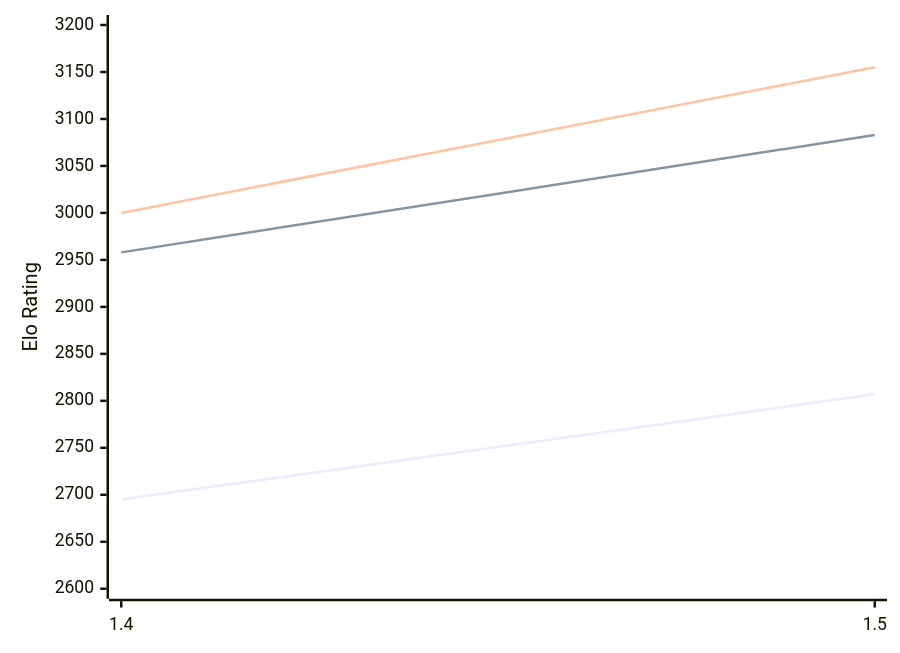
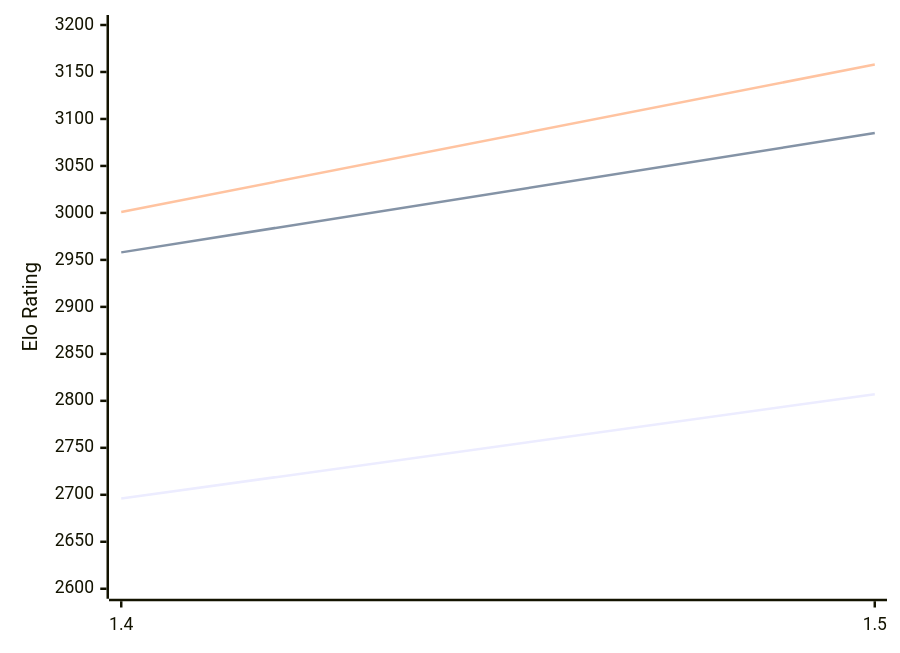
One commit to computer-chess-index/cci changed the diagram in engines/Yakka.md. Above: the diagram before and after it, drawn with Mermaid. The commit also changed other lines of this file, not shown here.

Commit message:
Update CCI Ratings (ELO VLTC) - 2026-02-13

````diff
--- a/engines/Yakka.md
+++ b/engines/Yakka.md
@@ -33,9 +33,9 @@
 ```mermaid
 %%{init: {"theme":"base","themeVariables":{"seriesColors:['#a3a3a3','#222221','#faa371']}}}%%
 xychart-beta
   x-axis ["1.4", "1.5"]
   y-axis "Elo Rating" 2600 --> 3200
-  line "STC (8.0+0.08s)" [2695, 2807]
-  line "LTC (60.0+0.60s)" [2958, 3083]
-  line "VLTC (2m24s+1.12s)" [3000, 3155]
+  line "STC (8.0+0.08s)" [2696, 2807]
+  line "LTC (60.0+0.60s)" [2958, 3085]
+  line "VLTC (2m24s+1.12s)" [3001, 3158]
 ```
````
